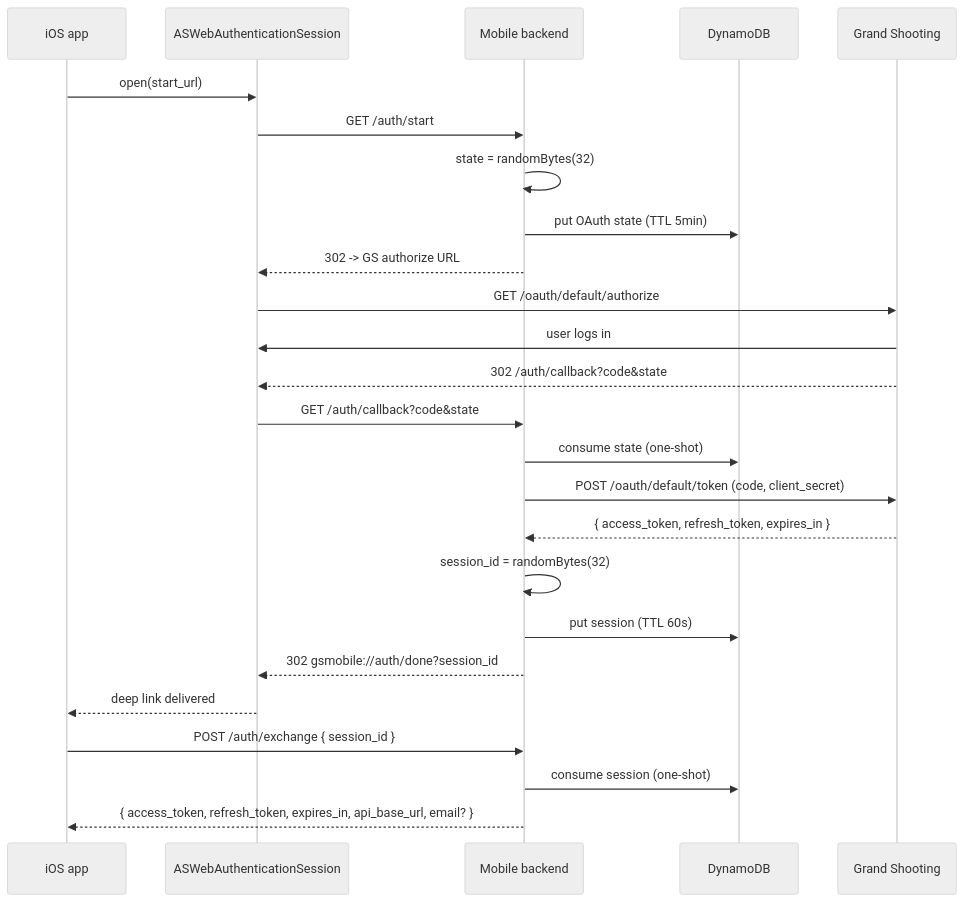
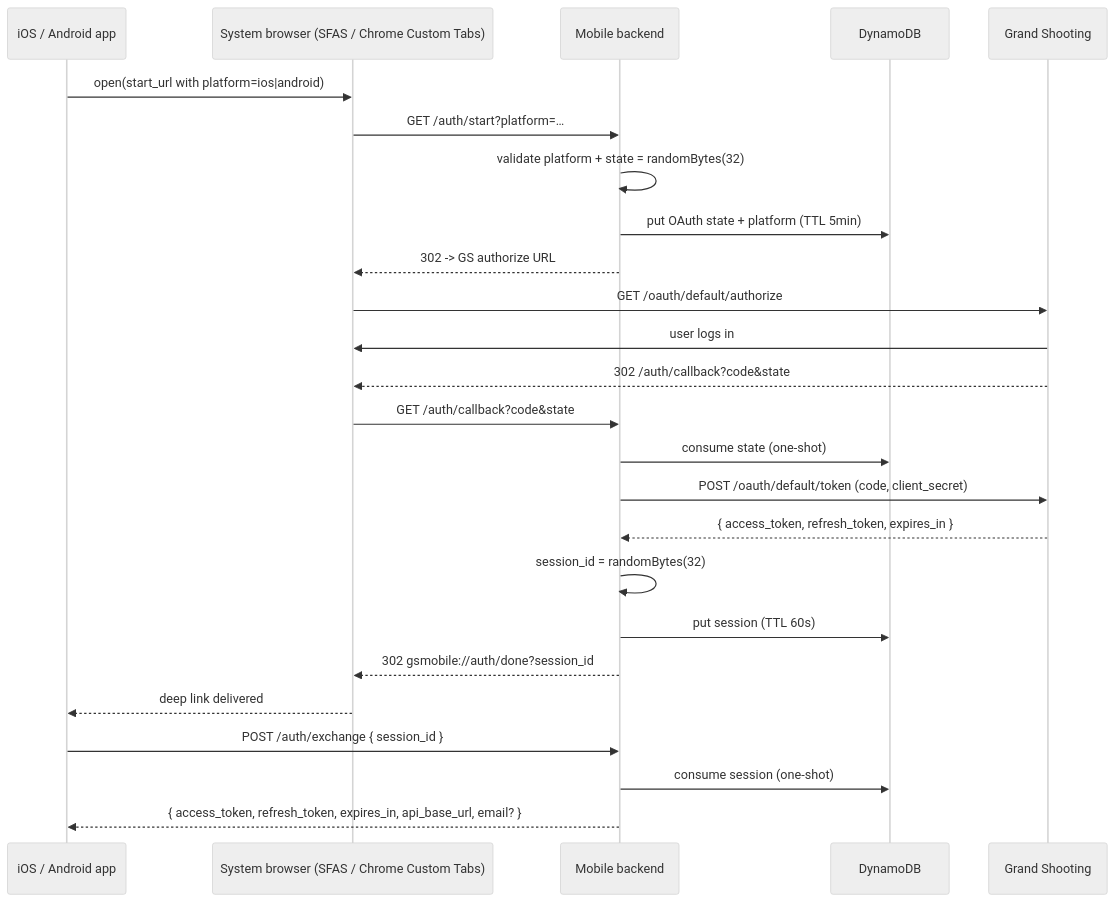
Before and after one commit to phumblot-gs/gs-mobile-backend: the first of 2 diagrams in docs/AUTH-FLOW.md, drawn with Mermaid (neutral theme). The commit also changed other lines of this file and 6 other files, not shown here.

First line of the commit message:
Accept platform=android on /auth/start

````diff
--- a/docs/AUTH-FLOW.md
+++ b/docs/AUTH-FLOW.md
@@ -11,28 +18,28 @@
 ```mermaid
 sequenceDiagram
-  participant iOS as iOS app
-  participant ASW as ASWebAuthenticationSession
+  participant iOS as iOS / Android app
+  participant ASW as System browser (SFAS / Chrome Custom Tabs)
   participant API as Mobile backend
   participant Dyn as DynamoDB
   participant GS as Grand Shooting
 
-  iOS->>ASW: open(start_url)
-  ASW->>API: GET /auth/start
-  API->>API: state = randomBytes(32)
-  API->>Dyn: put OAuth state (TTL 5min)
+  iOS->>ASW: open(start_url with platform=ios|android)
+  ASW->>API: GET /auth/start?platform=…
+  API->>API: validate platform + state = randomBytes(32)
+  API->>Dyn: put OAuth state + platform (TTL 5min)
   API-->>ASW: 302 -> GS authorize URL
   ASW->>GS: GET /oauth/default/authorize
   GS->>ASW: user logs in
   GS-->>ASW: 302 /auth/callback?code&state
   ASW->>API: GET /auth/callback?code&state
   API->>Dyn: consume state (one-shot)
   API->>GS: POST /oauth/default/token (code, client_secret)
   GS-->>API: { access_token, refresh_token, expires_in }
   API->>API: session_id = randomBytes(32)
   API->>Dyn: put session (TTL 60s)
   API-->>ASW: 302 gsmobile://auth/done?session_id
   ASW-->>iOS: deep link delivered
   iOS->>API: POST /auth/exchange { session_id }
   API->>Dyn: consume session (one-shot)
   API-->>iOS: { access_token, refresh_token, expires_in, api_base_url, email? }
 ```
````
